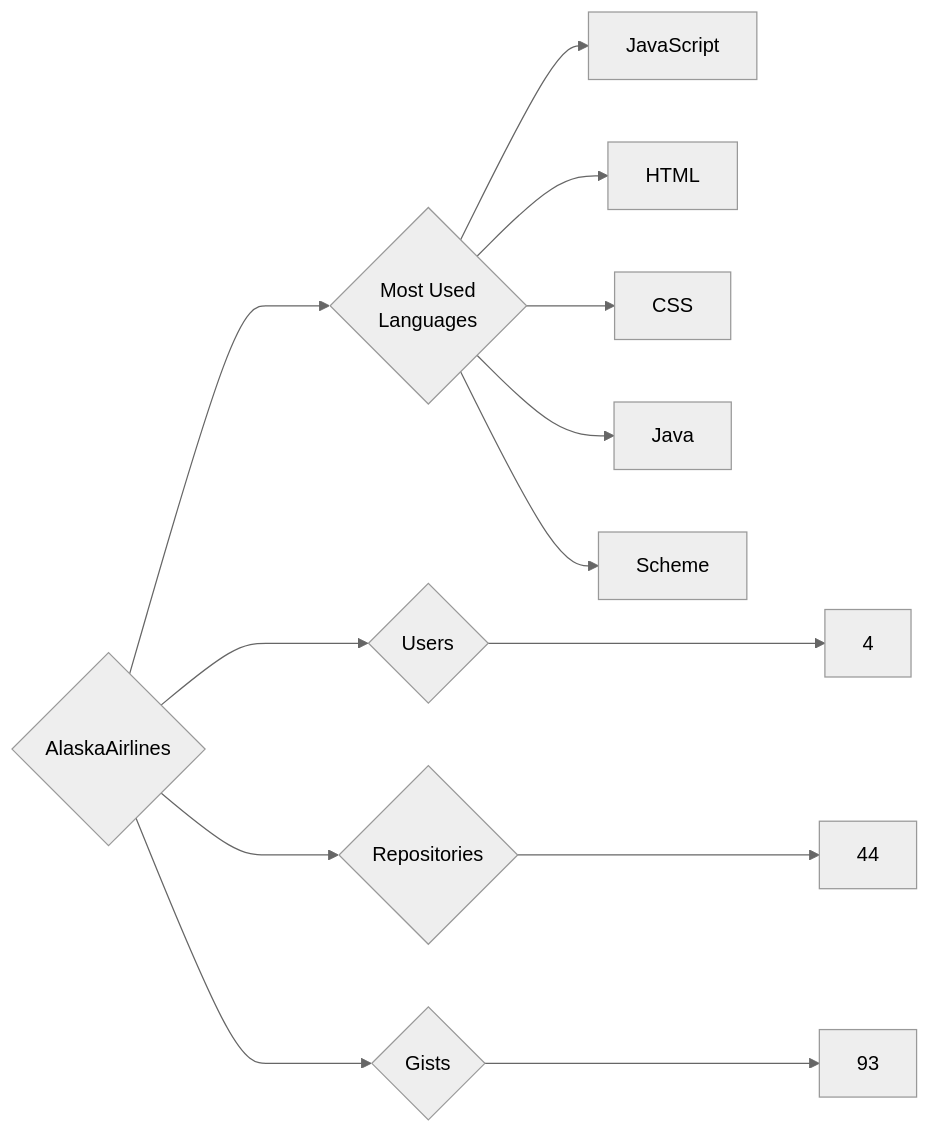
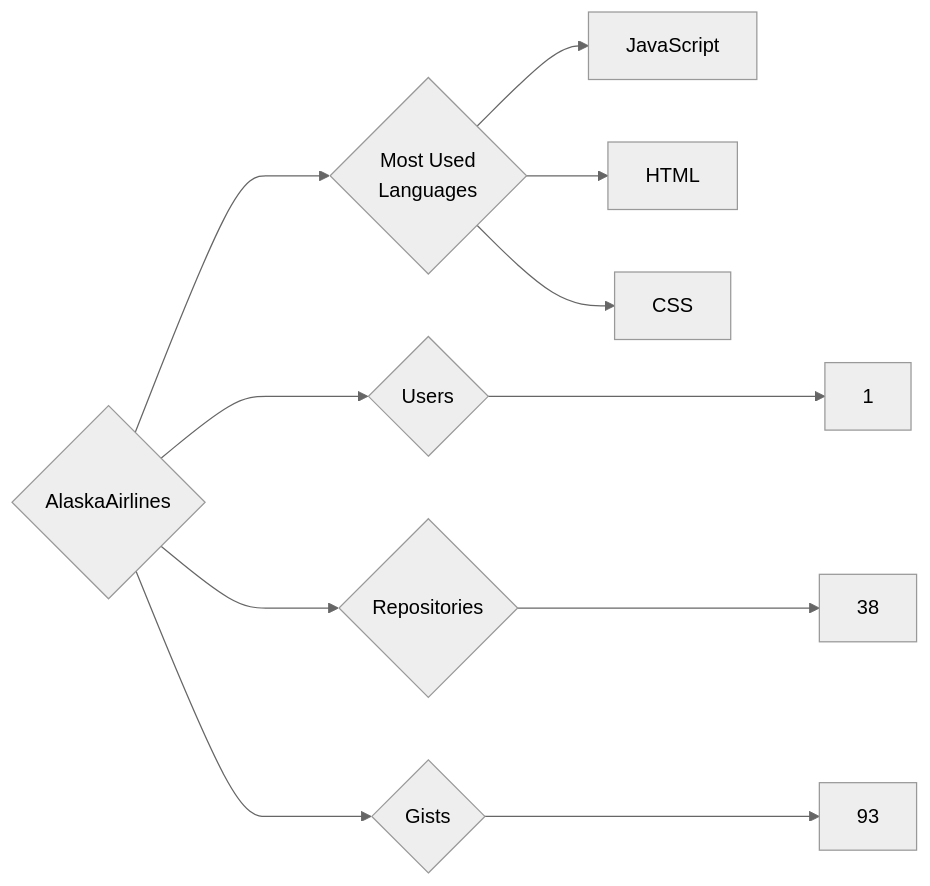
Before and after one commit to trickest/insiders: the diagram in targets/AlaskaAirlines/README.md, drawn with Mermaid (neutral theme). The commit also changed 1141 other files, not shown here.

````diff
--- a/targets/AlaskaAirlines/README.md
+++ b/targets/AlaskaAirlines/README.md
@@ -3,13 +3,11 @@
 ```mermaid
 graph LR
 COMPANY_NAME{AlaskaAirlines}
-COMPANY_NAME ---> U{Users} ---> UN[4]
-COMPANY_NAME ---> R{Repositories} ---> RN[44]
+COMPANY_NAME ---> U{Users} ---> UN[1]
+COMPANY_NAME ---> R{Repositories} ---> RN[38]
 COMPANY_NAME ---> G{Gists} ---> GN[93]
 COMPANY_NAME ---> ML{Most Used<br>Languages}
 ML --> JavaScript[JavaScript]
 ML --> HTML[HTML]
 ML --> CSS[CSS]
-ML --> Java[Java]
-ML --> Scheme[Scheme]
 ```
````
